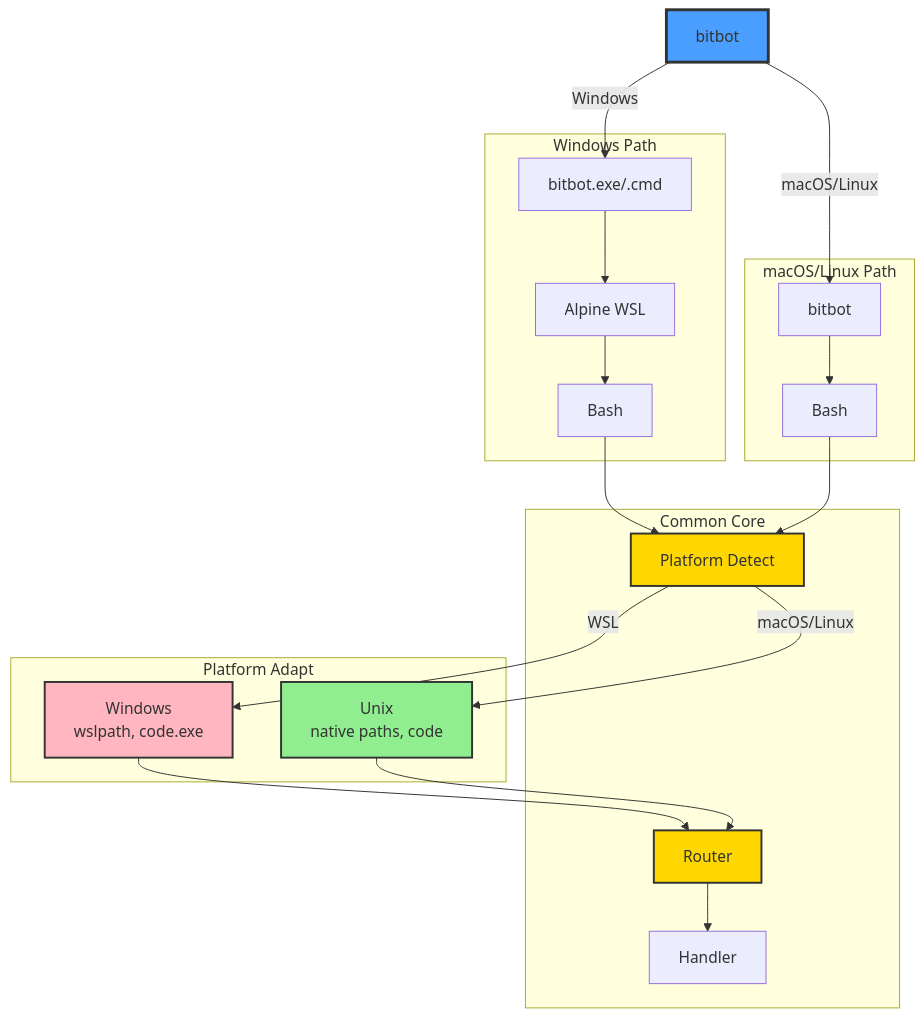
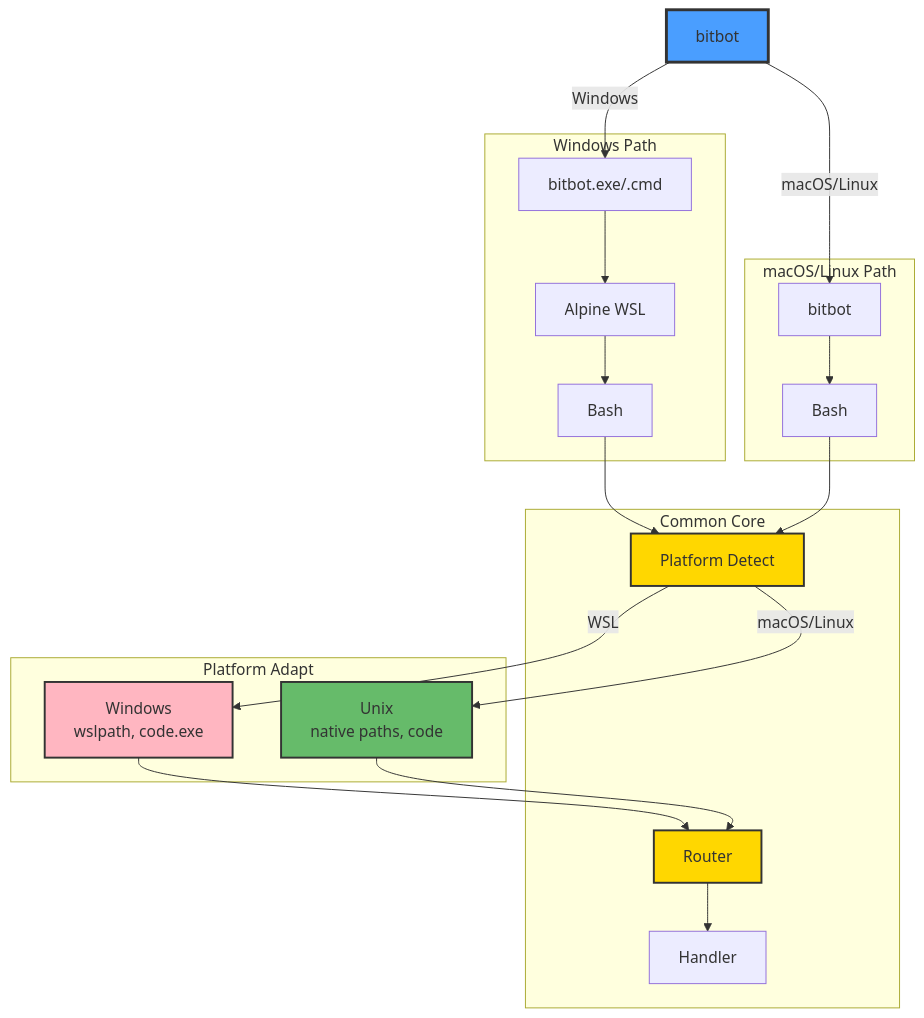
The first of 6 diagrams in sparc/3-architecture/diagrams/05-cross-platform-flow.md (ManuelKugelmann/BitBot), drawn with Mermaid before and after one commit. The commit also changed other lines of this file and 6 other files, not shown here.

First line of the commit message:
Improve diagram colors for better dark text contrast

````diff
--- a/sparc/3-architecture/diagrams/05-cross-platform-flow.md
+++ b/sparc/3-architecture/diagrams/05-cross-platform-flow.md
@@ -5,50 +5,50 @@
 ```mermaid
 graph TB
     USER[bitbot]
 
     subgraph WIN["Windows Path"]
         WIN_ENTRY[bitbot.exe/.cmd]
         WIN_WSL[Alpine WSL]
         WIN_BASH[Bash]
     end
 
     subgraph UNIX["macOS/Linux Path"]
         UNIX_ENTRY[bitbot]
         UNIX_BASH[Bash]
     end
 
     subgraph CORE["Common Core"]
         DETECT[Platform Detect]
         ROUTER[Router]
         HANDLER[Handler]
     end
 
     subgraph ADAPT["Platform Adapt"]
         WIN_ADAPT[Windows<br/>wslpath, code.exe]
         UNIX_ADAPT[Unix<br/>native paths, code]
     end
 
     USER -->|Windows| WIN_ENTRY
     USER -->|macOS/Linux| UNIX_ENTRY
 
     WIN_ENTRY --> WIN_WSL
     WIN_WSL --> WIN_BASH
     WIN_BASH --> DETECT
 
     UNIX_ENTRY --> UNIX_BASH
     UNIX_BASH --> DETECT
 
     DETECT -->|WSL| WIN_ADAPT
     DETECT -->|macOS/Linux| UNIX_ADAPT
 
     WIN_ADAPT --> ROUTER
     UNIX_ADAPT --> ROUTER
 
     ROUTER --> HANDLER
 
     style USER fill:#4a9eff,stroke:#333,stroke-width:3px
     style DETECT fill:#ffd700,stroke:#333,stroke-width:2px
     style ROUTER fill:#ffd700,stroke:#333,stroke-width:2px
     style WIN_ADAPT fill:#ffb6c1,stroke:#333,stroke-width:2px
-    style UNIX_ADAPT fill:#90ee90,stroke:#333,stroke-width:2px
+    style UNIX_ADAPT fill:#66bb6a,stroke:#333,stroke-width:2px
 ```
````
